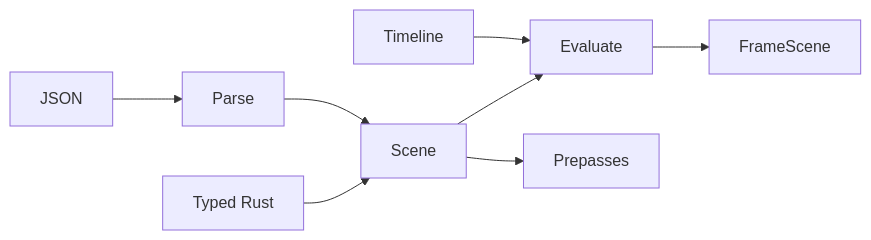
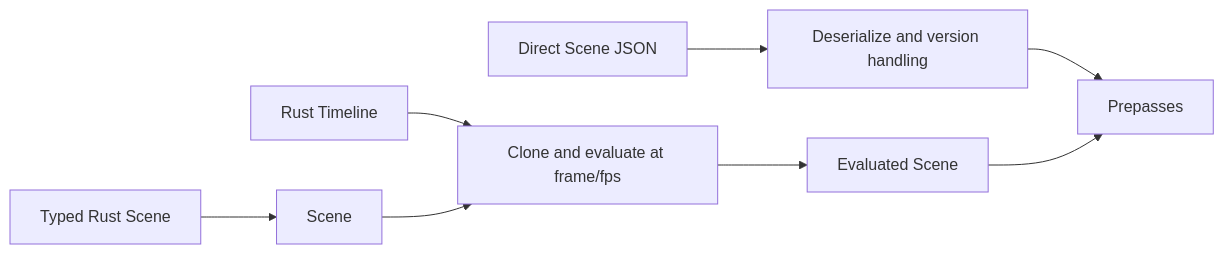
One commit to Kkb113/CineKernel changed the diagram in docs/research/onda/r0.02/DIRECT_JSON_AND_RUST_FLOW.md. Above: the diagram before and after it, drawn with Mermaid. The commit also changed other lines of this file and 66 other files, not shown here.

````diff
--- a/docs/research/onda/r0.02/DIRECT_JSON_AND_RUST_FLOW.md
+++ b/docs/research/onda/r0.02/DIRECT_JSON_AND_RUST_FLOW.md
@@ -5,9 +3,10 @@
 ```mermaid
 flowchart LR
-  JSON --> Parse --> Scene
-  Rust[Typed Rust] --> Scene
-  Timeline --> Evaluate
-  Scene --> Evaluate
-  Evaluate --> FrameScene
-  Scene --> Prepasses
+  JSON[Direct Scene JSON] --> D[Deserialize and version handling]
+  Rust[Typed Rust Scene] --> Scene
+  Timeline[Rust Timeline] --> Eval[Clone and evaluate at frame/fps]
+  Scene --> Eval
+  Eval --> Frame[Evaluated Scene]
+  D --> P[Prepasses]
+  Frame --> P
 ```
````
